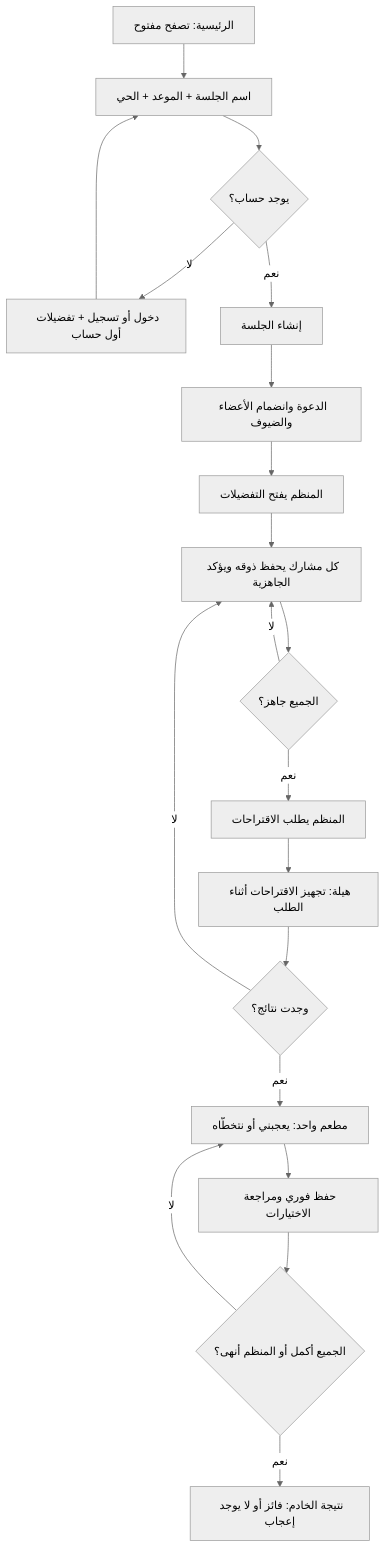
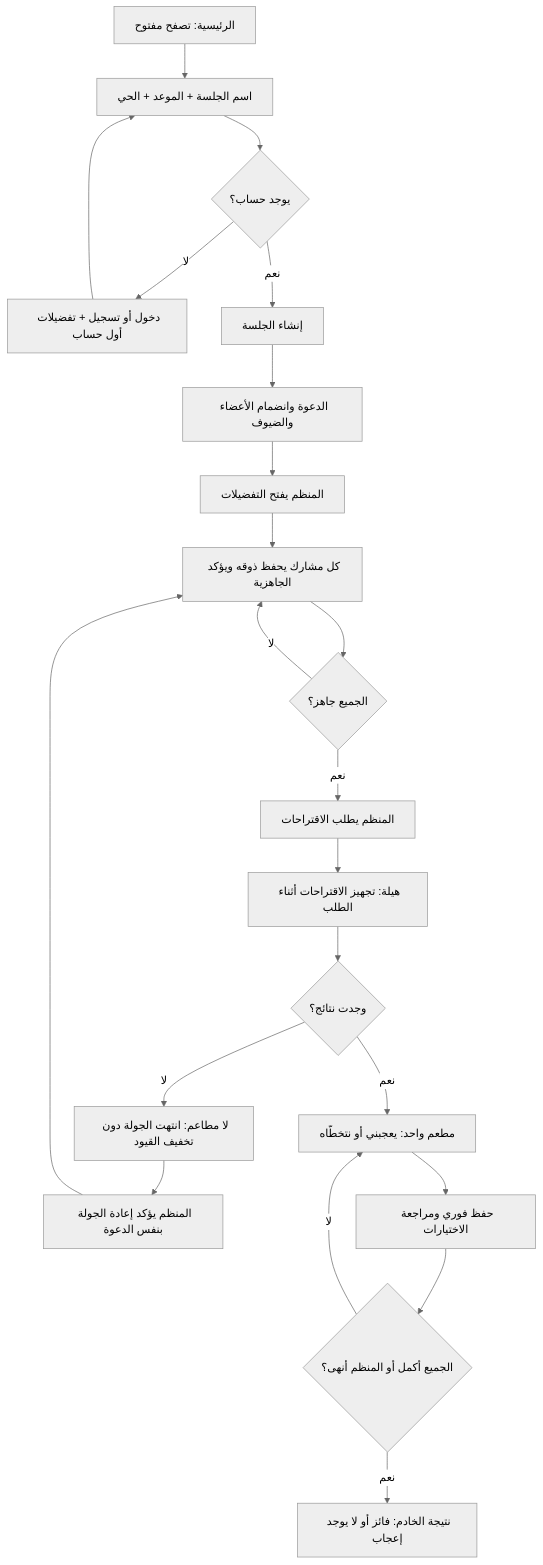
The first of 2 diagrams in Docs/Session-Flow.ar.md (shathaaa1110-arch/Portfolio-Project), drawn with Mermaid (neutral theme) before and after one commit. The commit also changed other lines of this file and 13 other files, not shown here.

````diff
--- a/Docs/Session-Flow.ar.md
+++ b/Docs/Session-Flow.ar.md
@@ -19,22 +19,24 @@
 ```mermaid
 flowchart TD
   A[الرئيسية: تصفح مفتوح] --> B[اسم الجلسة + الموعد + الحي]
   B --> C{يوجد حساب؟}
   C -- لا --> D[دخول أو تسجيل + تفضيلات أول حساب]
   D --> B
   C -- نعم --> E[إنشاء الجلسة]
   E --> F[الدعوة وانضمام الأعضاء والضيوف]
   F --> G[المنظم يفتح التفضيلات]
   G --> H[كل مشارك يحفظ ذوقه ويؤكد الجاهزية]
   H --> I{الجميع جاهز؟}
   I -- لا --> H
   I -- نعم --> J[المنظم يطلب الاقتراحات]
   J --> W[هيلة: تجهيز الاقتراحات أثناء الطلب]
   W --> K{وجدت نتائج؟}
-  K -- لا --> H
+  K -- لا --> Q[لا مطاعم: انتهت الجولة دون تخفيف القيود]
+  Q --> R[المنظم يؤكد إعادة الجولة بنفس الدعوة]
+  R --> H
   K -- نعم --> L[مطعم واحد: يعجبني أو نتخطّاه]
   L --> M[حفظ فوري ومراجعة الاختيارات]
   M --> N{الجميع أكمل أو المنظم أنهى؟}
   N -- لا --> L
   N -- نعم --> O[نتيجة الخادم: فائز أو لا يوجد إعجاب]
 ```
````
